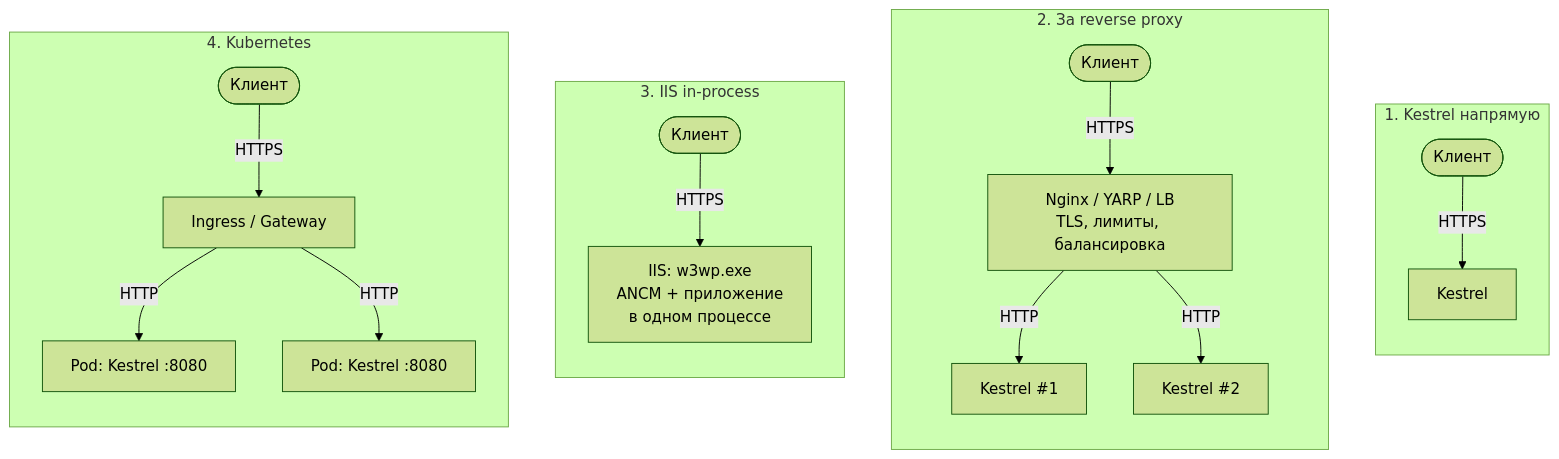
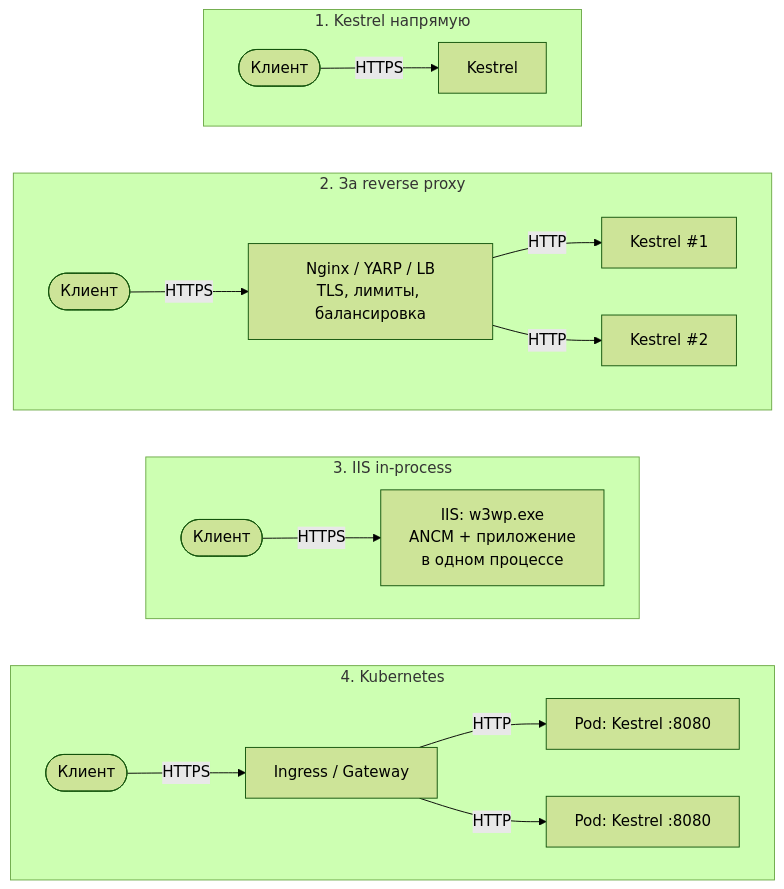
Before and after one commit to sh-sharifjonov/DotnetQuestionsForMiddle: the first of 2 diagrams in content/02-aspnet-core/10-kestrel-vs-iis-hosting.md, drawn with Mermaid (forest theme). The commit also changed 51 other files, not shown here.

First line of the commit message:
Improve diagram layouts, warn about over-wide diagrams

````diff
--- a/content/02-aspnet-core/10-kestrel-vs-iis-hosting.md
+++ b/content/02-aspnet-core/10-kestrel-vs-iis-hosting.md
@@ -17,23 +17,23 @@
 ```mermaid Типичные схемы хостинга
-flowchart TB
-    subgraph A["1. Kestrel напрямую"]
-        direction TB
-        C1(["Клиент"]) -- HTTPS --> K1["Kestrel"]
+flowchart LR
+    subgraph E["4. Kubernetes"]
+        direction LR
+        C4(["Клиент"]) -- HTTPS --> ING["Ingress / Gateway"]
+        ING -- HTTP --> P1["Pod: Kestrel :8080"]
+        ING -- HTTP --> P2["Pod: Kestrel :8080"]
+    end
+    subgraph D["3. IIS in-process"]
+        direction LR
+        C3(["Клиент"]) -- HTTPS --> W["IIS: w3wp.exe<br/>ANCM + приложение<br/>в одном процессе"]
     end
     subgraph B["2. За reverse proxy"]
-        direction TB
+        direction LR
         C2(["Клиент"]) -- HTTPS --> N["Nginx / YARP / LB<br/>TLS, лимиты, балансировка"]
         N -- HTTP --> K2["Kestrel #1"]
         N -- HTTP --> K3["Kestrel #2"]
     end
-    subgraph D["3. IIS in-process"]
-        direction TB
-        C3(["Клиент"]) -- HTTPS --> W["IIS: w3wp.exe<br/>ANCM + приложение<br/>в одном процессе"]
-    end
-    subgraph E["4. Kubernetes"]
-        direction TB
-        C4(["Клиент"]) -- HTTPS --> ING["Ingress / Gateway"]
-        ING -- HTTP --> P1["Pod: Kestrel :8080"]
-        ING -- HTTP --> P2["Pod: Kestrel :8080"]
+    subgraph A["1. Kestrel напрямую"]
+        direction LR
+        C1(["Клиент"]) -- HTTPS --> K1["Kestrel"]
     end
 ```
````
